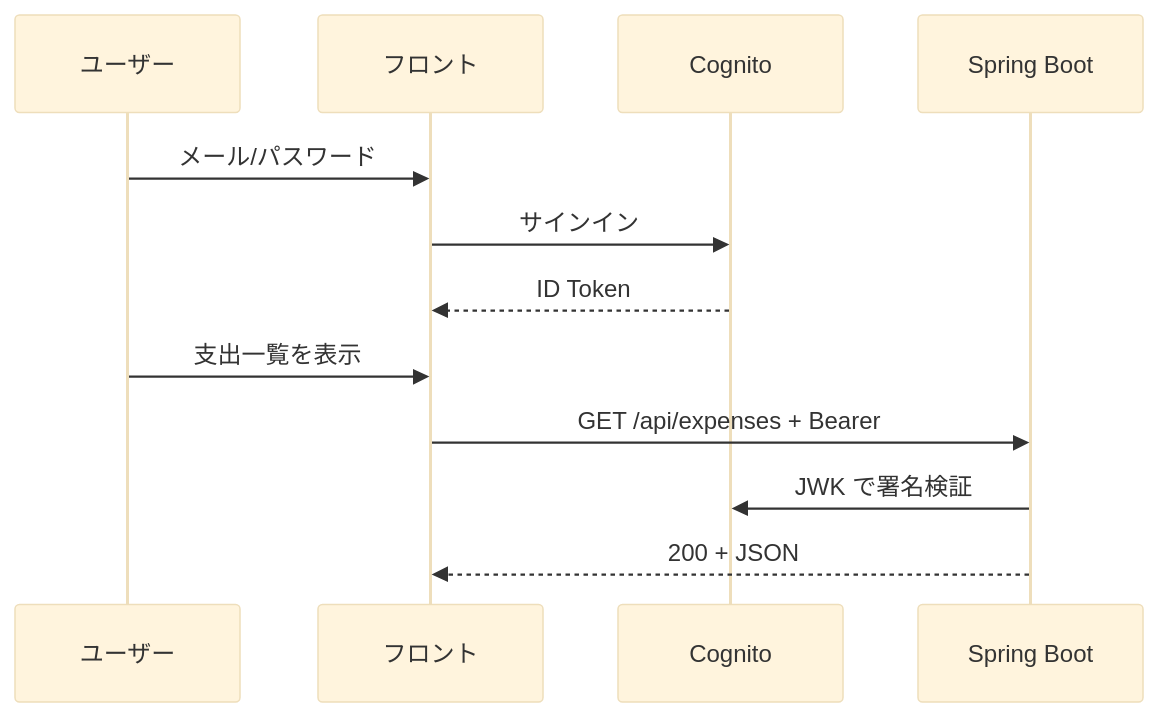
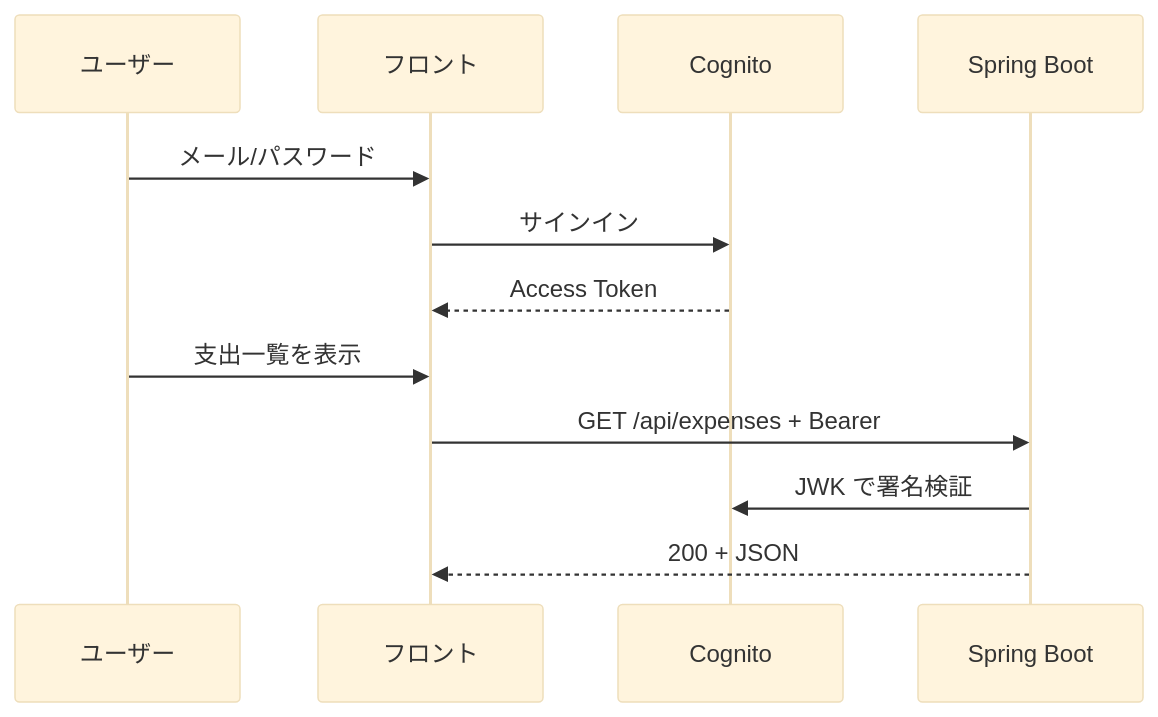
Before and after one commit to DRS22DownForce/SmartHouseholdAccountBook: the second of 2 diagrams in docs/frontend/06-auth.md, drawn with Mermaid (base theme). The commit also changed other lines of this file and 30 other files, not shown here.

````diff
--- a/docs/frontend/06-auth.md
+++ b/docs/frontend/06-auth.md
@@ -134,15 +129,15 @@
 ```mermaid
 sequenceDiagram
     participant U as ユーザー
     participant F as フロント
     participant C as Cognito
     participant B as Spring Boot
 
     U->>F: メール/パスワード
     F->>C: サインイン
-    C-->>F: ID Token
+    C-->>F: Access Token
     U->>F: 支出一覧を表示
     F->>B: GET /api/expenses + Bearer
     B->>C: JWK で署名検証
     B-->>F: 200 + JSON
 ```
````
